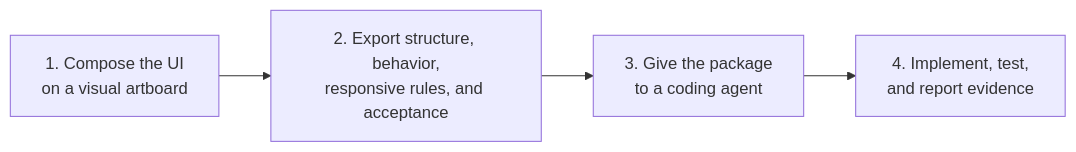
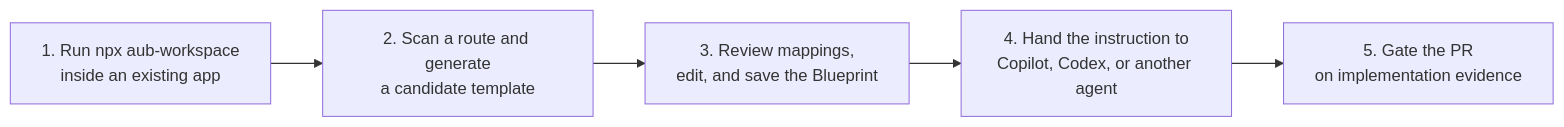
One commit to HenryLau1103/AUB changed the diagram in README.md. Above: the diagram before and after it, drawn with Mermaid. The commit also changed other lines of this file and 31 other files, not shown here.

Commit message:
Strengthen existing UI agent workflow

````diff
--- a/README.md
+++ b/README.md
@@ -26,6 +26,7 @@
 ```mermaid
 flowchart LR
-  A["1. Compose the UI<br/>on a visual artboard"] --> B["2. Export structure, behavior,<br/>responsive rules, and acceptance"]
-  B --> C["3. Give the package<br/>to a coding agent"]
-  C --> D["4. Implement, test,<br/>and report evidence"]
+  A["1. Run npx aub-workspace<br/>inside an existing app"] --> B["2. Scan a route and generate<br/>a candidate template"]
+  B --> C["3. Review mappings,<br/>edit, and save the Blueprint"]
+  C --> D["4. Hand the instruction to<br/>Copilot, Codex, or another agent"]
+  D --> E["5. Gate the PR<br/>on implementation evidence"]
 ```
````
